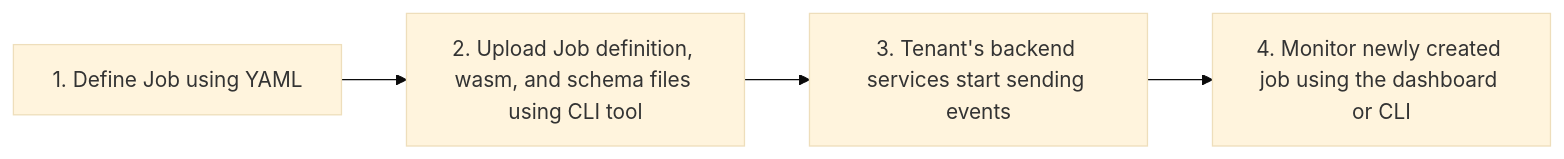
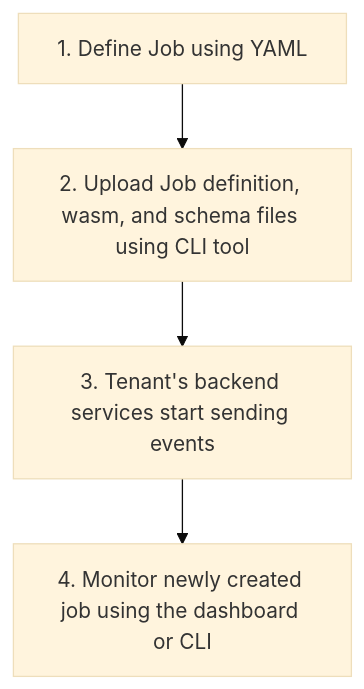
The diagram in Guide.MD (andrescosta/jobico-fn), drawn with Mermaid (base theme) before and after one commit.

````diff
--- a/Guide.MD
+++ b/Guide.MD
@@ -9,11 +9,11 @@
 ```mermaid
-graph LR;
+graph TD;
     Define_Job[1. Define Job using YAML]
     Upload_Files[2. Upload Job definition, wasm, and schema files using CLI tool]
     Send_Events[3. Tenant's backend services start sending events]
     Monitor_Job[4. Monitor newly created job using the dashboard or CLI]
 
     Define_Job --> Upload_Files
     Upload_Files --> Send_Events
     Send_Events --> Monitor_Job
 ```
````
